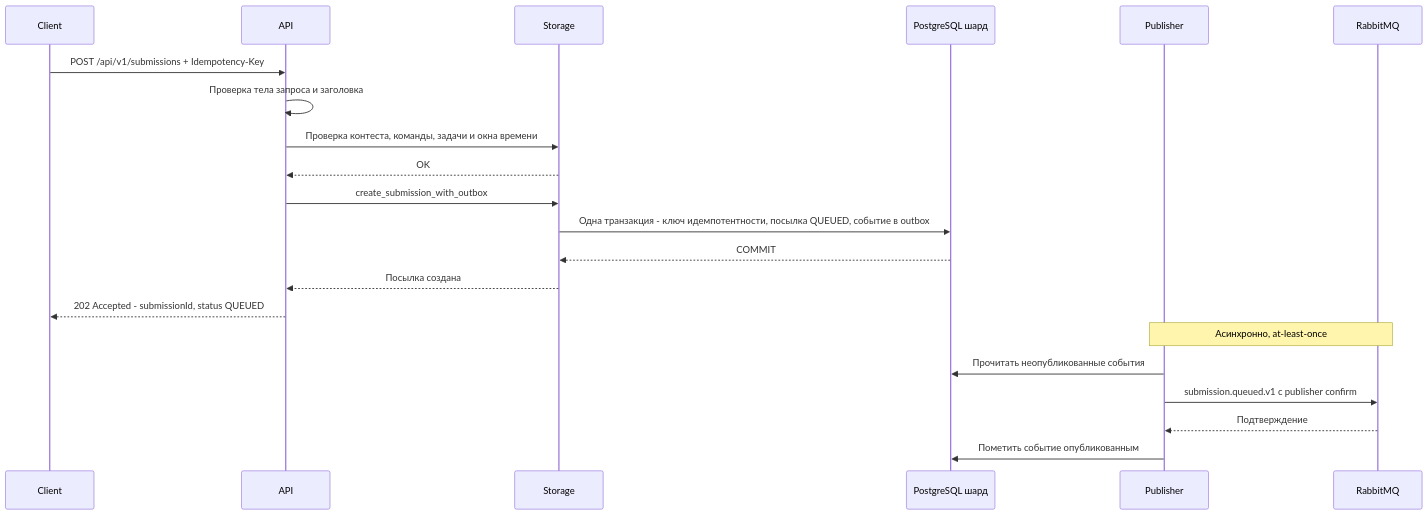
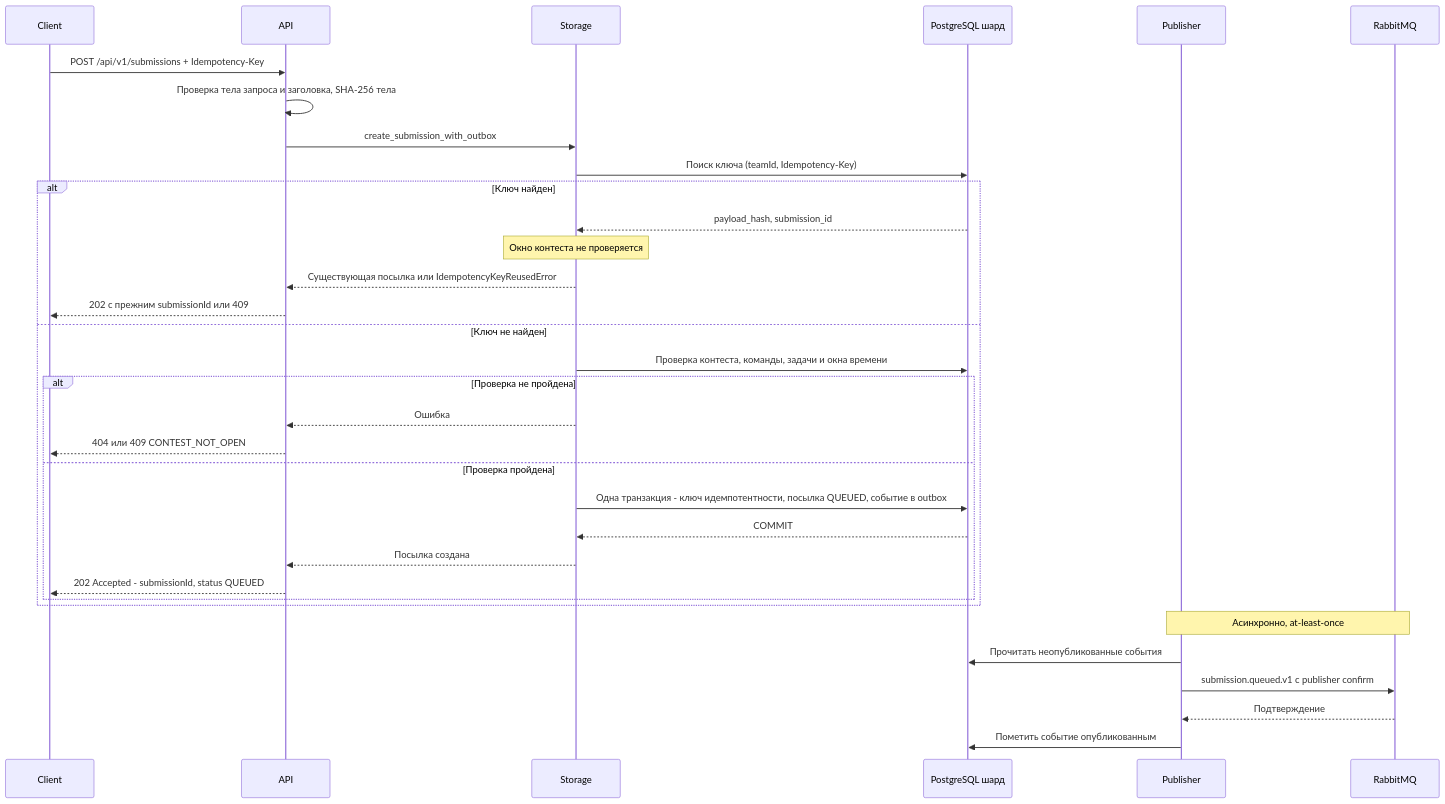
Before and after one commit to spbu-ds-practicum-2026/hotfix: the fourth of 12 diagrams in docs/tr.md, drawn with Mermaid. The commit also changed other lines of this file, not shown here.

````diff
--- a/docs/tr.md
+++ b/docs/tr.md
@@ -407,24 +411,36 @@
 ```mermaid
 sequenceDiagram
   participant Client
   participant API
   participant Storage
   participant DB as PostgreSQL шард
   participant Publisher
   participant MQ as RabbitMQ
 
   Client->>API: POST /api/v1/submissions + Idempotency-Key
-  API->>API: Проверка тела запроса и заголовка
-  API->>Storage: Проверка контеста, команды, задачи и окна времени
-  Storage-->>API: OK
+  API->>API: Проверка тела запроса и заголовка, SHA-256 тела
   API->>Storage: create_submission_with_outbox
-  Storage->>DB: Одна транзакция - ключ идемпотентности, посылка QUEUED, событие в outbox
-  DB-->>Storage: COMMIT
-  Storage-->>API: Посылка создана
-  API-->>Client: 202 Accepted - submissionId, status QUEUED
+  Storage->>DB: Поиск ключа (teamId, Idempotency-Key)
+  alt Ключ найден
+    DB-->>Storage: payload_hash, submission_id
+    Note over Storage: Окно контеста не проверяется
+    Storage-->>API: Существующая посылка или IdempotencyKeyReusedError
+    API-->>Client: 202 с прежним submissionId или 409
+  else Ключ не найден
+    Storage->>DB: Проверка контеста, команды, задачи и окна времени
+    alt Проверка не пройдена
+      Storage-->>API: Ошибка
+      API-->>Client: 404 или 409 CONTEST_NOT_OPEN
+    else Проверка пройдена
+      Storage->>DB: Одна транзакция - ключ идемпотентности, посылка QUEUED, событие в outbox
+      DB-->>Storage: COMMIT
+      Storage-->>API: Посылка создана
+      API-->>Client: 202 Accepted - submissionId, status QUEUED
+    end
+  end
   Note over Publisher,MQ: Асинхронно, at-least-once
   Publisher->>DB: Прочитать неопубликованные события
   Publisher->>MQ: submission.queued.v1 с publisher confirm
   MQ-->>Publisher: Подтверждение
   Publisher->>DB: Пометить событие опубликованным
 ```
````
